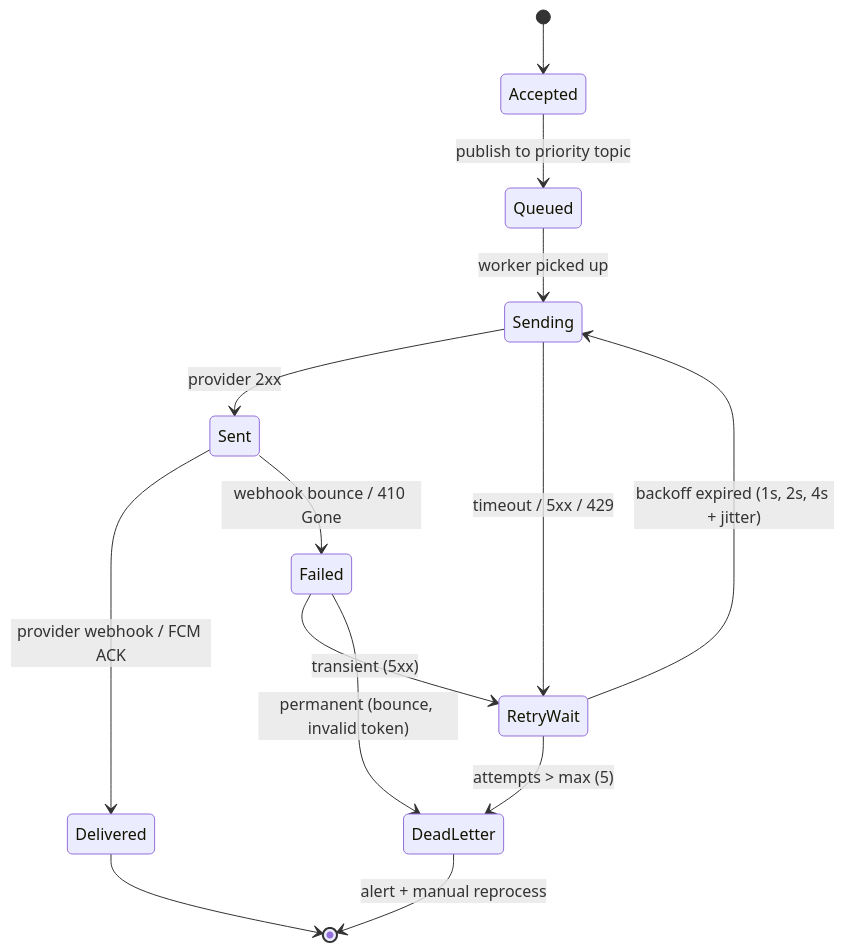
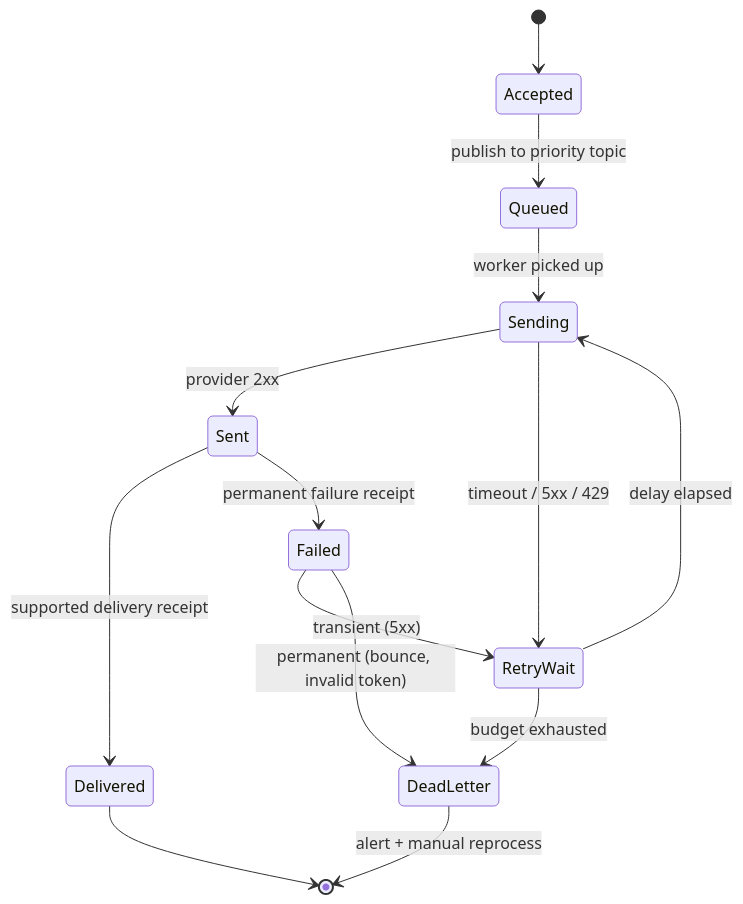
The sixth of 6 diagrams in 02-case-studies/notification-system.md (AlohaJava/system-design-interview-chamkin), drawn with Mermaid before and after one commit. The commit also changed other lines of this file and 49 other files, not shown here.

````diff
--- a/02-case-studies/notification-system.md
+++ b/02-case-studies/notification-system.md
@@ -424,16 +392,16 @@
 ```mermaid
 stateDiagram-v2
     [*] --> Accepted
     Accepted --> Queued : publish to priority topic
     Queued --> Sending : worker picked up
     Sending --> Sent : provider 2xx
     Sending --> RetryWait : timeout / 5xx / 429
-    RetryWait --> Sending : backoff expired (1s, 2s, 4s + jitter)
-    RetryWait --> DeadLetter : attempts > max (5)
-    Sent --> Delivered : provider webhook / FCM ACK
-    Sent --> Failed : webhook bounce / 410 Gone
+    RetryWait --> Sending : delay elapsed
+    RetryWait --> DeadLetter : budget exhausted
+    Sent --> Delivered : supported delivery receipt
+    Sent --> Failed : permanent failure receipt
     Failed --> RetryWait : transient (5xx)
     Failed --> DeadLetter : permanent (bounce, invalid token)
     Delivered --> [*]
     DeadLetter --> [*] : alert + manual reprocess
 ```
````
